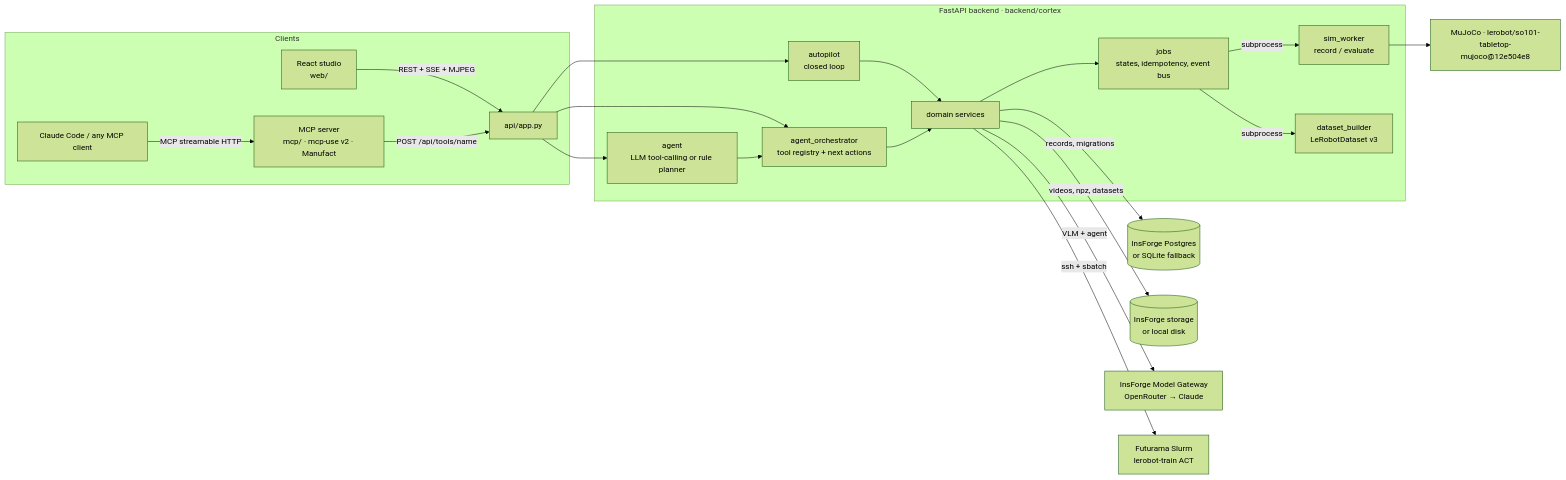
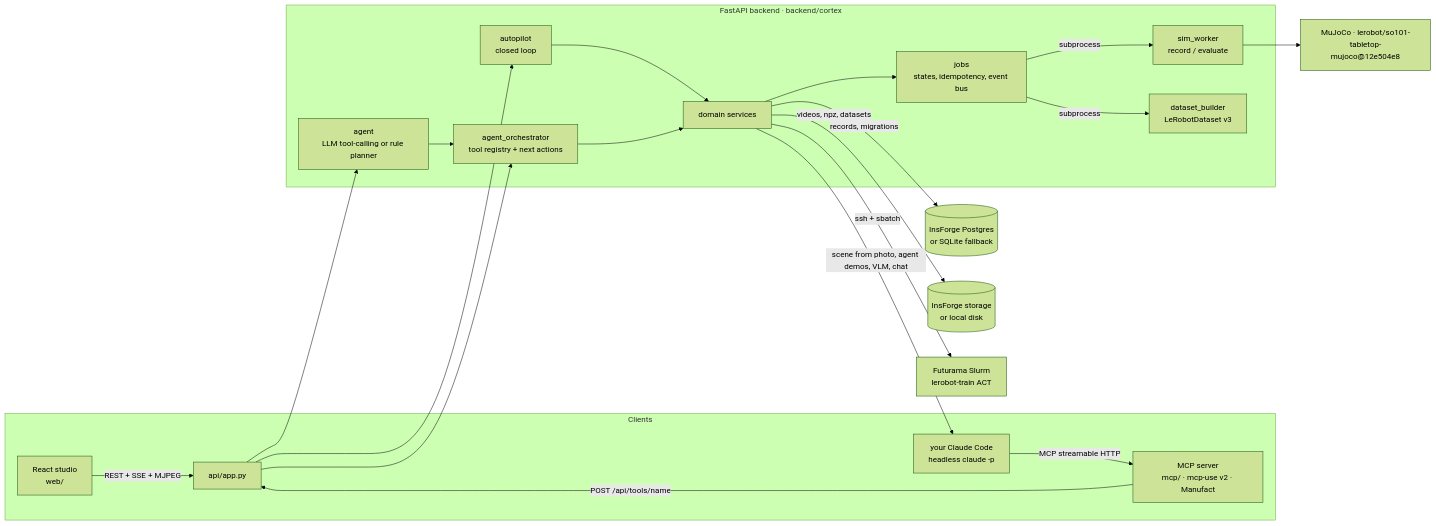
The first of 2 diagrams in ARCHITECTURE.md (psamin/cortex), drawn with Mermaid (forest theme) before and after one commit. The commit also changed other lines of this file and 40 other files, not shown here.

````diff
--- a/ARCHITECTURE.md
+++ b/ARCHITECTURE.md
@@ -5,24 +5,24 @@
 ```mermaid
 flowchart LR
   subgraph Clients
     W[React studio<br/>web/] -->|REST + SSE + MJPEG| API
     CC[Claude Code / any MCP client] -->|MCP streamable HTTP| M[MCP server<br/>mcp/ · mcp-use v2 · Manufact]
     M -->|POST /api/tools/name| API
   end
   subgraph Backend [FastAPI backend · backend/cortex]
     API[api/app.py] --> ORCH[agent_orchestrator<br/>tool registry + next actions]
     API --> AG[agent<br/>LLM tool-calling or rule planner]
     API --> AP[autopilot<br/>closed loop]
     AG --> ORCH
     AP --> SVC
     ORCH --> SVC[domain services]
     SVC --> JOBS[jobs<br/>states, idempotency, event bus]
     JOBS -->|subprocess| SW[sim_worker<br/>record / evaluate]
     JOBS -->|subprocess| DB2[dataset_builder<br/>LeRobotDataset v3]
   end
   SW --> ENV[MuJoCo · lerobot/so101-tabletop-mujoco@12e504e8]
   SVC -->|records, migrations| PG[(InsForge Postgres<br/>or SQLite fallback)]
   SVC -->|videos, npz, datasets| OBJ[(InsForge storage<br/>or local disk)]
-  SVC -->|VLM + agent| GW[InsForge Model Gateway<br/>OpenRouter → Claude]
+  SVC -->|scene from photo, agent demos, VLM, chat| CC[your Claude Code<br/>headless claude -p]
   SVC -->|ssh + sbatch| SL[Futurama Slurm<br/>lerobot-train ACT]
 ```
````
